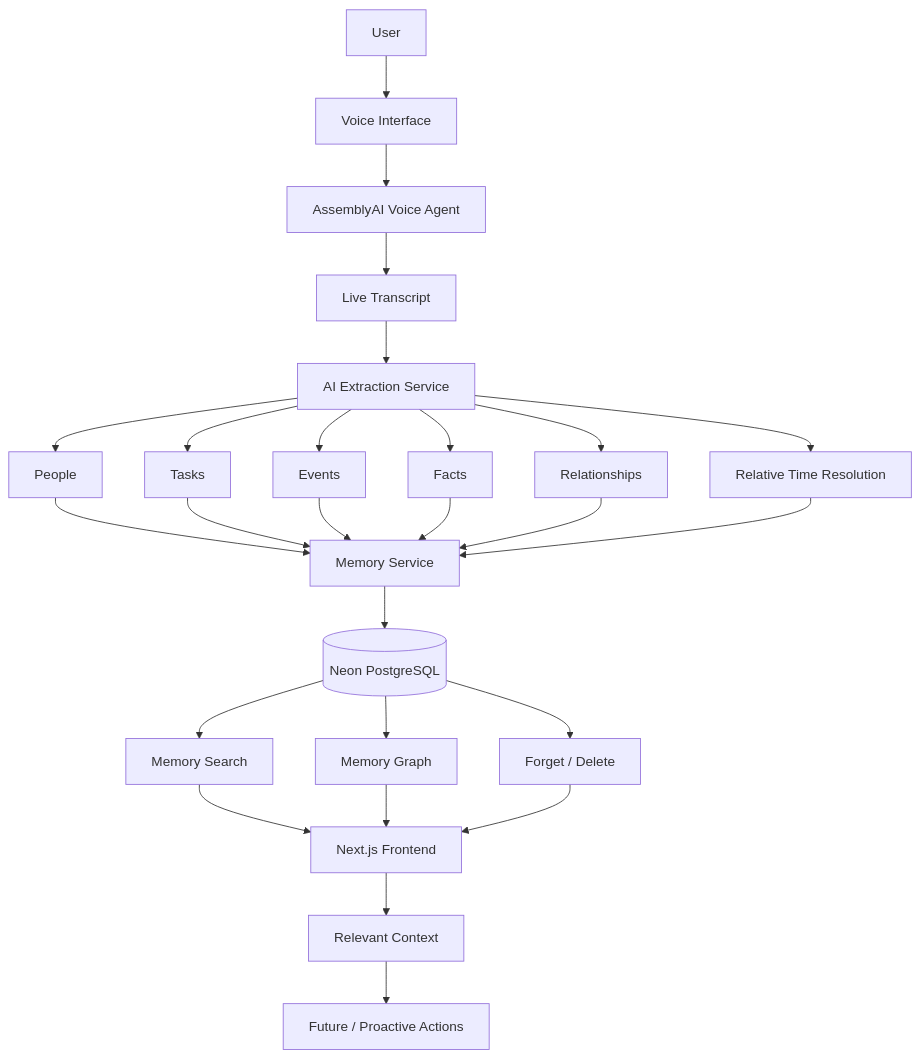
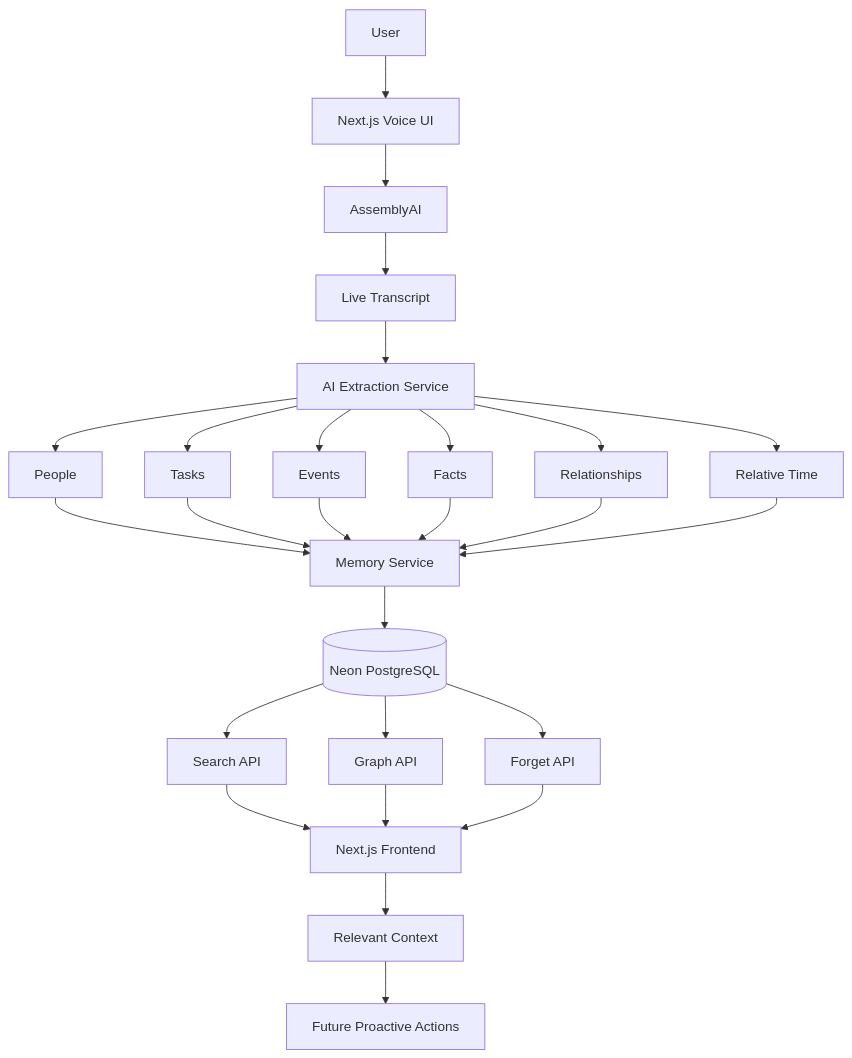
Before and after one commit to AroonZafar/EchoMind: the first of 8 diagrams in README.md, drawn with Mermaid. The commit also changed other lines of this file, not shown here.

````diff
--- a/README.md
+++ b/README.md
@@ -67,28 +115,34 @@
-```mermaid
+~~~mermaid
 flowchart TB
-    U[User] --> V[Voice Interface]
-    V --> A[AssemblyAI Voice Agent]
+    U[User] --> V[Next.js Voice UI]
+    V --> A[AssemblyAI]
     A --> T[Live Transcript]
     T --> AI[AI Extraction Service]
+
     AI --> P[People]
     AI --> TK[Tasks]
     AI --> E[Events]
     AI --> F[Facts]
     AI --> R[Relationships]
-    AI --> D[Relative Time Resolution]
+    AI --> D[Relative Time]
+
     P --> M[Memory Service]
     TK --> M
     E --> M
     F --> M
     R --> M
     D --> M
+
     M --> DB[(Neon PostgreSQL)]
-    DB --> S[Memory Search]
-    DB --> G[Memory Graph]
-    DB --> FR[Forget / Delete]
+
+    DB --> S[Search API]
+    DB --> G[Graph API]
+    DB --> FR[Forget API]
+
     S --> FE[Next.js Frontend]
     G --> FE
     FR --> FE
+
     FE --> C[Relevant Context]
-    C --> PR[Future / Proactive Actions]
-```
+    C --> PR[Future Proactive Actions]
+~~~
````
